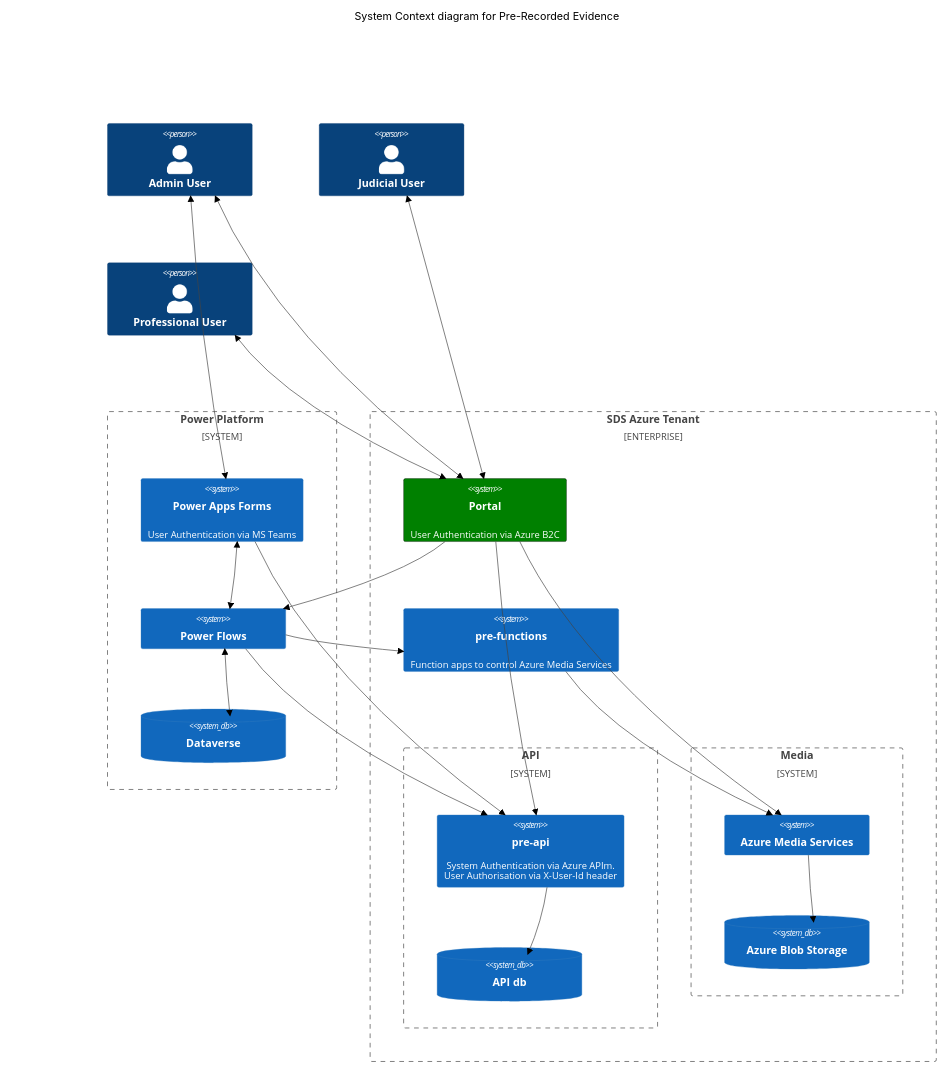
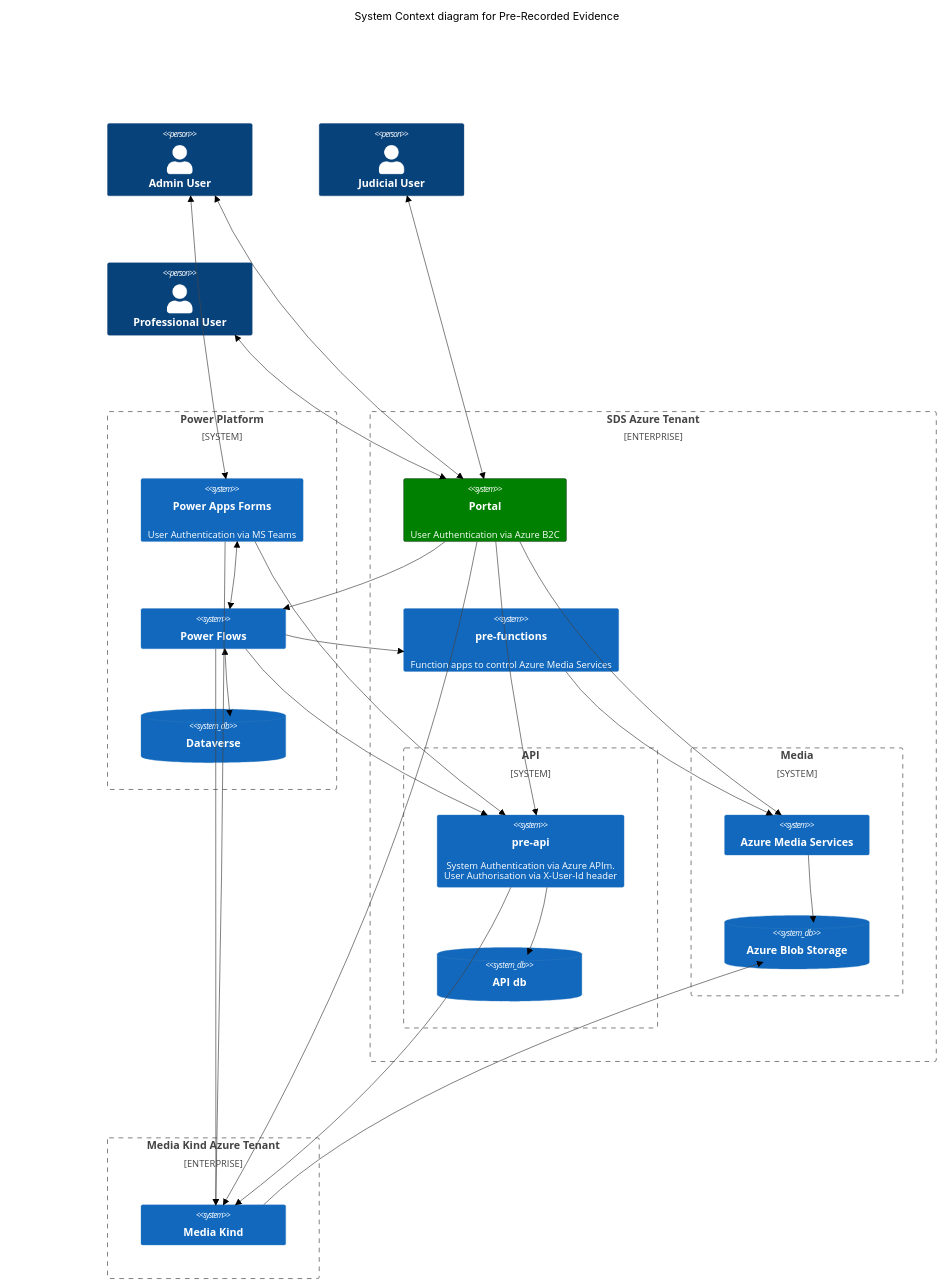
Before and after one commit to hmcts/pre-portal2: the diagram in README.md, drawn with Mermaid (neutral theme). The commit also changed 1 other file, not shown here.

Commit message:
Update Readme diagram with MK (#445)
* Update Readme diagram with MK

* fix

---------

````diff
--- a/README.md
+++ b/README.md
@@ -15,51 +15,61 @@
 ```mermaid
     C4Context
       title System Context diagram for Pre-Recorded Evidence
 
       Person(adminUser, "Admin User", "")
       Person(judicialUser, "Judicial User", "")
       Person(professionalUser, "Professional User", "")
 
 
       System_Boundary(PowerPlatform, "Power Platform") {
         System(PowerApps, "Power Apps Forms", "User Authentication via MS Teams")
         System(PowerFlows, "Power Flows", "")
         SystemDb(Dataverse, "Dataverse", "")
       }
 
       Enterprise_Boundary(a0, "SDS Azure Tenant",) {
         System(Portal, "Portal", "User Authentication via Azure B2C")
 
         System(function, "pre-functions", "Function apps to control Azure Media Services")
 
         System_Boundary(api, "API") {
             System(api, "pre-api", "System Authentication via Azure APIm.<br/>User Authorisation via X-User-Id header")
             SystemDb(db, "API db")
         }
 
         System_Boundary(media, "Media") {
             System(ams, "Azure Media Services")
             SystemDb(blob, "Azure Blob Storage")
         }
 
       }
 
+      Enterprise_Boundary(a1, "Media Kind Azure Tenant",) {
+        System(mk, "Media Kind")
+      }
+
       BiRel(judicialUser, Portal, "")
       BiRel(adminUser, Portal, "")
       BiRel(adminUser, PowerApps, "")
       BiRel(professionalUser, Portal, "")
       BiRel(PowerApps, PowerFlows, "")
       Rel(Portal, PowerFlows, "")
       Rel(Portal, ams, "")
       Rel(Portal, api, "")
       BiRel(PowerFlows, Dataverse, "")
       Rel(PowerApps, api, "")
       Rel(PowerFlows, api, "")
       Rel(PowerFlows, function, "")
       Rel(api, db, "")
       Rel(ams, blob, "")
       Rel(function, ams, "")
+
+      Rel(Portal, mk, "")
+      Rel(PowerApps, mk, "")
+      Rel(PowerFlows, mk, "")
+      Rel(api, mk, "")
+      Rel(mk, blob, "")
       UpdateElementStyle(Portal,  $bgColor="green", $borderColor="black")
       UpdateElementStyle(PowerPlatform)
       UpdateLayoutConfig($c4ShapeInRow="3", $c4BoundaryInRow="1")
 ```
````
